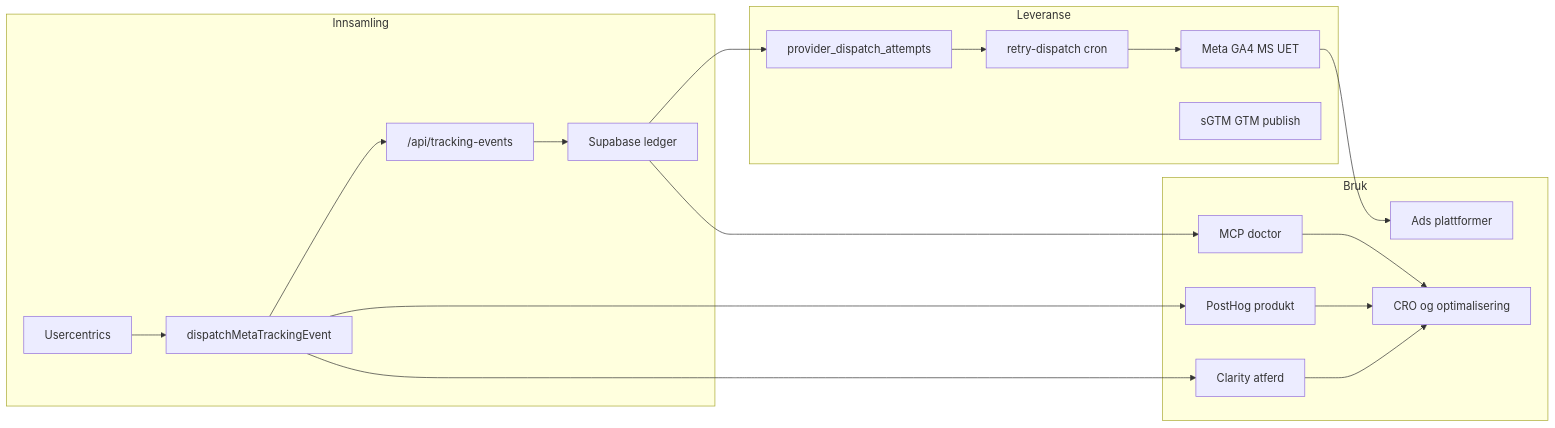
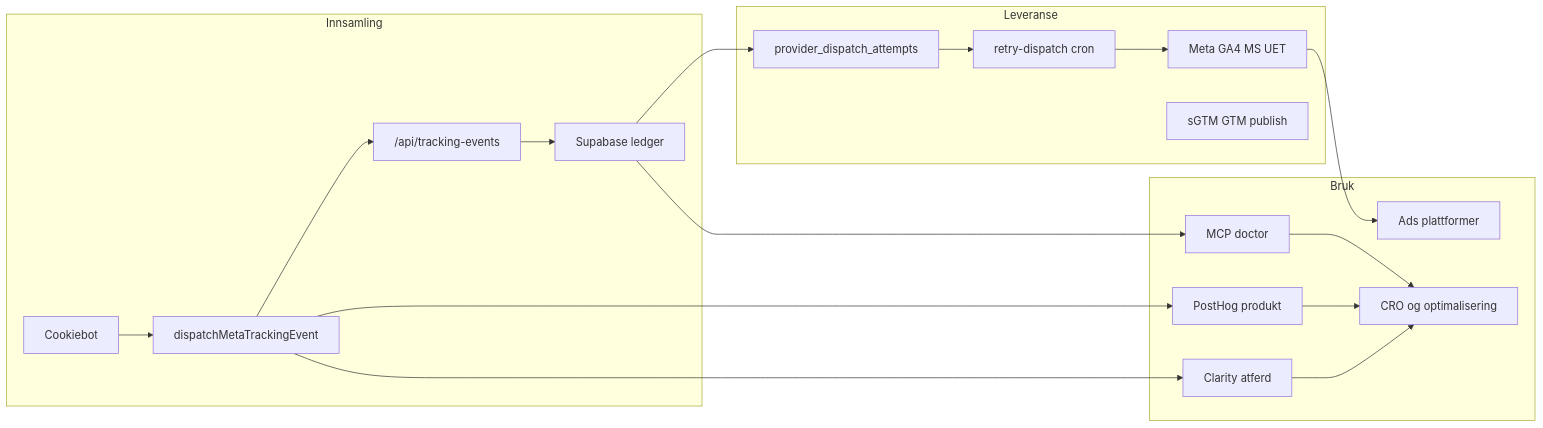
Before and after one commit to utekos-brand/utekos-headless: the first of 6 diagrams in FLOW.md, drawn with Mermaid. The commit also changed other lines of this file and 67 other files, not shown here.

First line of the commit message:
Replace Usercentrics CMP runtime with Cookiebot across consent and tracking.

````diff
--- a/FLOW.md
+++ b/FLOW.md
@@ -37,30 +39,30 @@
 ```mermaid
 flowchart LR
   subgraph collect [Innsamling]
-    UC[Usercentrics]
+    CB[Cookiebot]
     Browser[dispatchMetaTrackingEvent]
     API["/api/tracking-events"]
     WH["Supabase ledger"]
   end
   subgraph deliver [Leveranse]
     Queue[provider_dispatch_attempts]
     Cron[retry-dispatch cron]
     Providers[Meta GA4 MS UET]
     GTM[sGTM GTM publish]
   end
   subgraph use [Bruk]
     Ads[Ads plattformer]
     PH[PostHog produkt]
     Clarity[Clarity atferd]
     MCP[MCP doctor]
     Action[CRO og optimalisering]
   end
-  UC --> Browser --> API --> WH
+  CB --> Browser --> API --> WH
   WH --> Queue --> Cron --> Providers --> Ads
   Browser --> PH
   Browser --> Clarity
   WH --> MCP
   PH --> Action
   Clarity --> Action
   MCP --> Action
 ```
````
